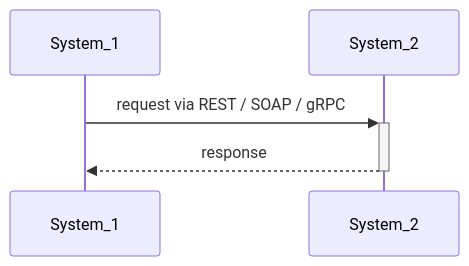
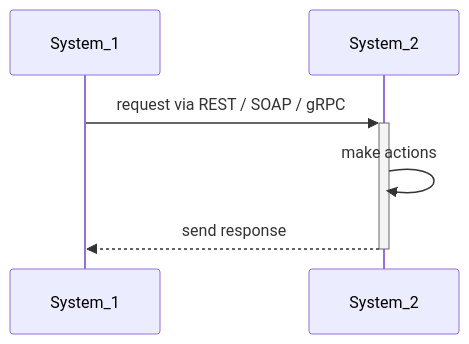
One commit to sooopic/system-analysis changed the first of 7 diagrams in content/en/docs/Task_2/_index.md. Above: the diagram before and after it, drawn with Mermaid. The commit also changed other lines of this file and 6 other files, not shown here.

````diff
--- a/content/en/docs/Task_2/_index.md
+++ b/content/en/docs/Task_2/_index.md
@@ -164,5 +162,6 @@
 ```mermaid
 sequenceDiagram
     System_1 ->>+ System_2: request via REST / SOAP / gRPC
-    System_2 -->>- System_1: response
+    System_2 ->> System_2: make actions
+    System_2 -->>- System_1: send response
 ```
````
